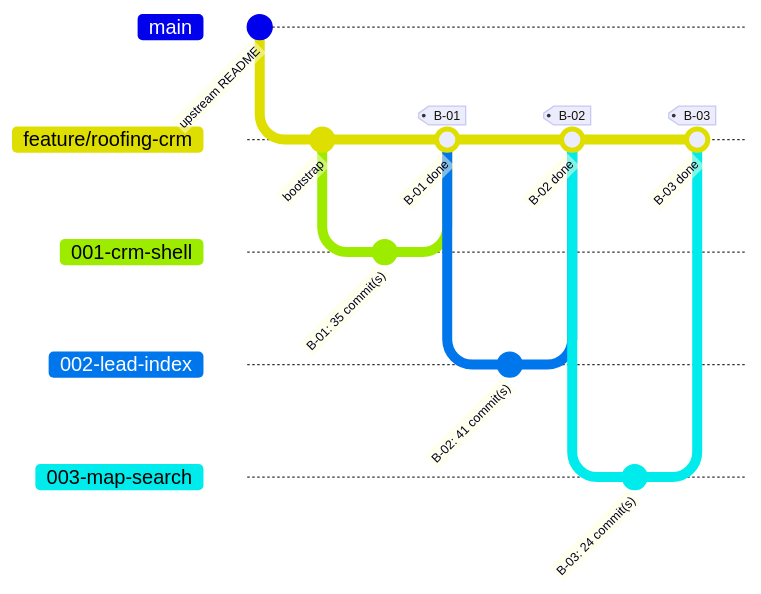
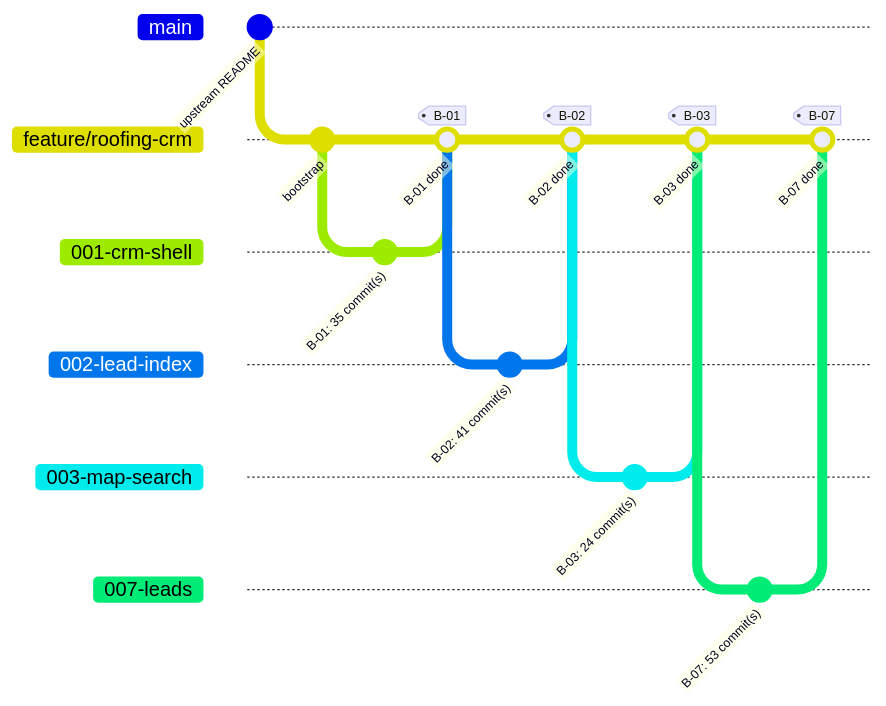
One commit to HebaGaber/roofing-crm changed the second of 2 diagrams in docs/progress.md. Above: the diagram before and after it, drawn with Mermaid. The commit also changed other lines of this file, not shown here.

````diff
--- a/docs/progress.md
+++ b/docs/progress.md
@@ -19,19 +19,23 @@
 ```mermaid
 %%{init: { 'gitGraph': { 'mainBranchName': 'main', 'showCommitLabel': true } } }%%
 gitGraph
   commit id: "upstream README"
   branch "feature/roofing-crm"
   commit id: "bootstrap"
   branch "001-crm-shell"
   commit id: "B-01: 35 commit(s)"
   checkout "feature/roofing-crm"
   merge "001-crm-shell" id: "B-01 done" tag: "B-01"
   branch "002-lead-index"
   commit id: "B-02: 41 commit(s)"
   checkout "feature/roofing-crm"
   merge "002-lead-index" id: "B-02 done" tag: "B-02"
   branch "003-map-search"
   commit id: "B-03: 24 commit(s)"
   checkout "feature/roofing-crm"
   merge "003-map-search" id: "B-03 done" tag: "B-03"
+  branch "007-leads"
+  commit id: "B-07: 53 commit(s)"
+  checkout "feature/roofing-crm"
+  merge "007-leads" id: "B-07 done" tag: "B-07"
 ```
````
